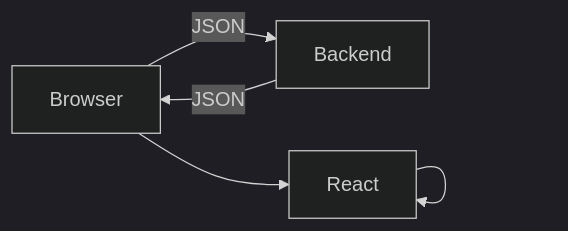
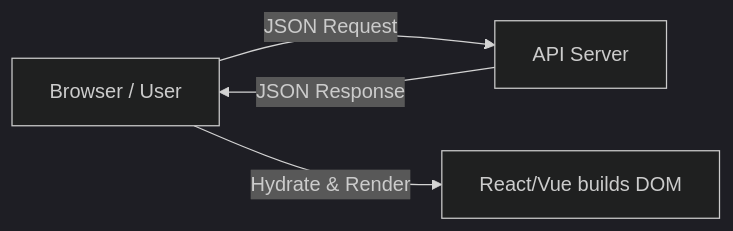
Before and after one commit to seanwhs/Tutorials: the first of 6 diagrams in Full-Stack/Django-Vite-HTMX-Alpine.md, drawn with Mermaid (dark theme). The commit also changed other lines of this file, not shown here.

````diff
--- a/Full-Stack/Django-Vite-HTMX-Alpine.md
+++ b/Full-Stack/Django-Vite-HTMX-Alpine.md
@@ -55,6 +13,6 @@
 ```mermaid
 flowchart LR
-    Browser -->|JSON| Backend
-    Backend -->|JSON| Browser
-    Browser --> React --> React
+    Browser[Browser / User] -->|JSON Request| Backend[API Server]
+    Backend -->|JSON Response| Browser
+    Browser -->|Hydrate & Render| Framework[React/Vue builds DOM]
 ```
````
